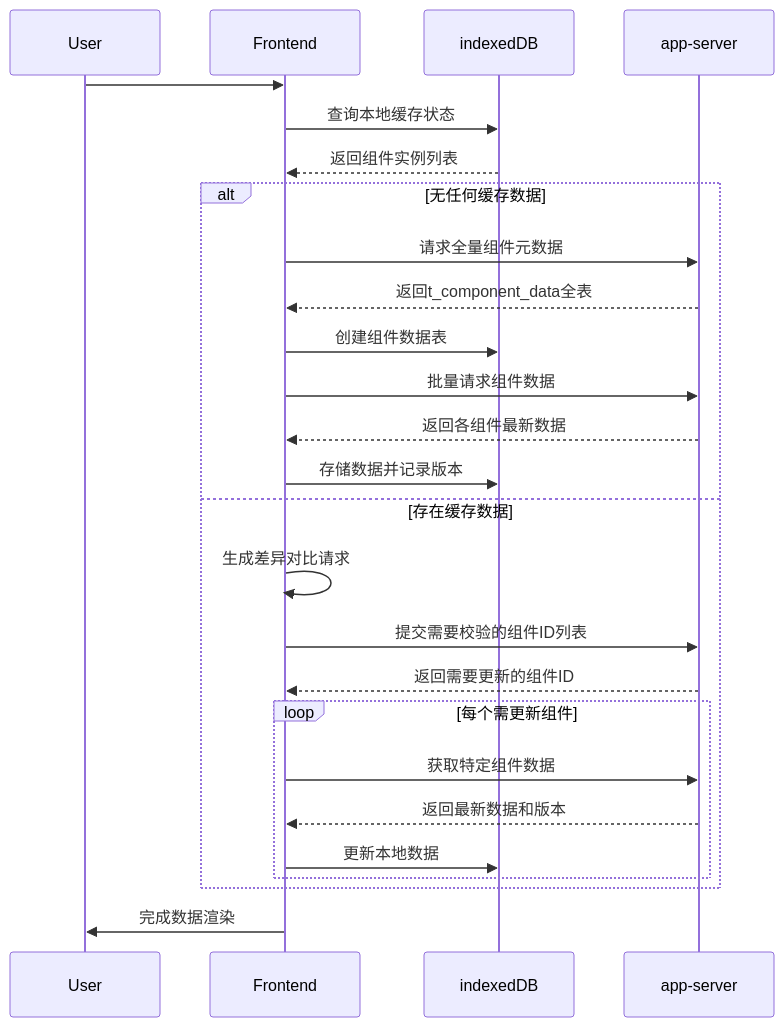
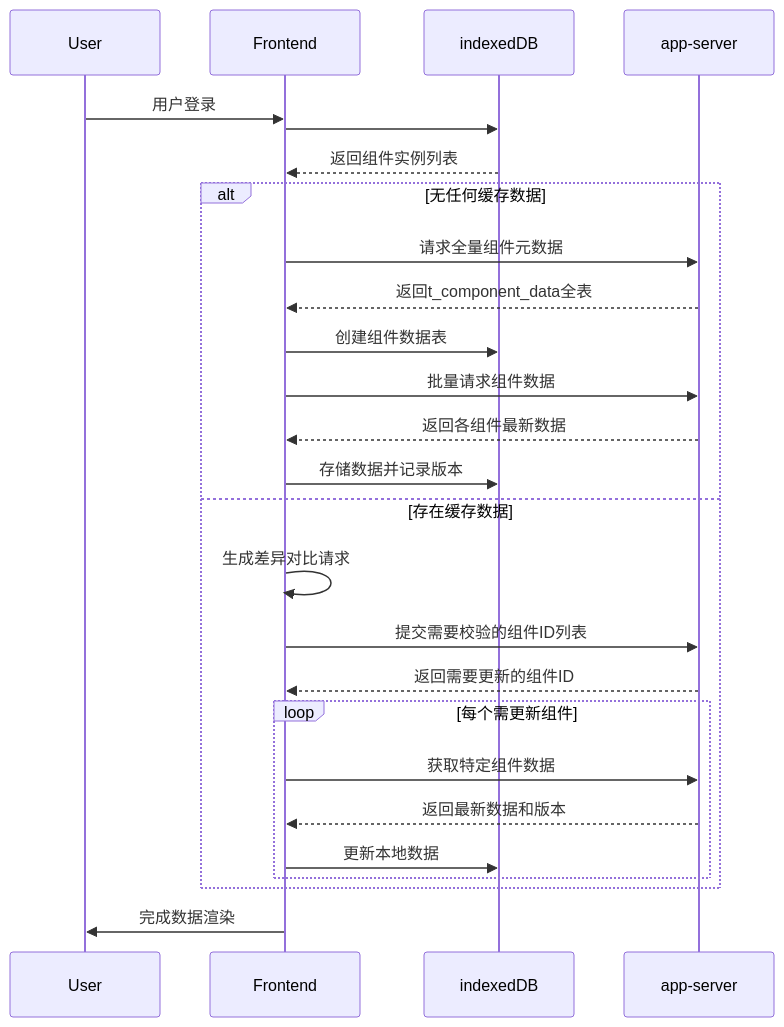
One commit to yingjianzh/iodraw-files changed the diagram in all/未命名-24.md. Above: the diagram before and after it, drawn with Mermaid.

Commit message:
2025-02-24 17:06:32 update

````diff
--- a/all/未命名-24.md
+++ b/all/未命名-24.md
@@ -1,30 +1,30 @@
 ```mermaid
 sequenceDiagram
     participant User
     participant Frontend
     participant indexedDB
     participant app-server
 
-    User->>Frontend: 
-    Frontend->>indexedDB: 查询本地缓存状态
+    User->>Frontend: 用户登录
+    Frontend->>indexedDB: 
     indexedDB-->>Frontend: 返回组件实例列表
     
     alt 无任何缓存数据
         Frontend->>app-server: 请求全量组件元数据
         app-server-->>Frontend: 返回t_component_data全表
         Frontend->>indexedDB: 创建组件数据表
         Frontend->>app-server: 批量请求组件数据
         app-server-->>Frontend: 返回各组件最新数据
         Frontend->>indexedDB: 存储数据并记录版本
     else 存在缓存数据
         Frontend->>Frontend: 生成差异对比请求
         Frontend->>app-server: 提交需要校验的组件ID列表
         app-server-->>Frontend: 返回需要更新的组件ID
         loop 每个需更新组件
             Frontend->>app-server: 获取特定组件数据
             app-server-->>Frontend: 返回最新数据和版本
             Frontend->>indexedDB: 更新本地数据
         end
     end
     Frontend->>User: 完成数据渲染
 ```
````
